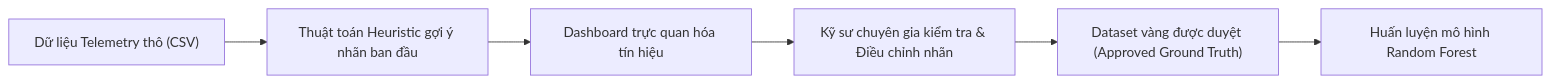
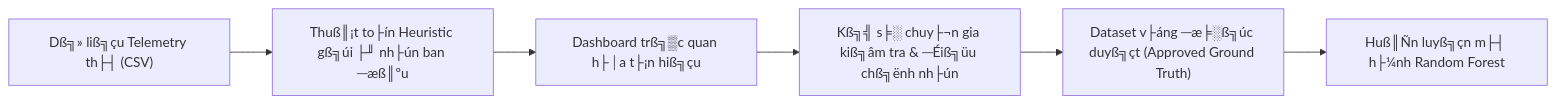
One commit to HOANGTHI2509/THUCTAP-VICOMSAT-D1 changed the second of 4 diagrams in README.md. Above: the diagram before and after it, drawn with Mermaid. The commit also changed other lines of this file, not shown here.

````diff
--- a/README.md
+++ b/README.md
@@ -241,8 +221,8 @@
 ```mermaid
 flowchart LR
-    A["Dữ liệu Telemetry thô (CSV)"] --> B["Thuật toán Heuristic gợi ý nhãn ban đầu"]
-    B --> C["Dashboard trực quan hóa tín hiệu"]
-    C --> D["Kỹ sư chuyên gia kiểm tra & Điều chỉnh nhãn"]
-    D --> E["Dataset vàng được duyệt (Approved Ground Truth)"]
-    E --> F["Huấn luyện mô hình Random Forest"]
+    A["Dß╗» liß╗çu Telemetry th├┤ (CSV)"] --> B["Thuß║¡t to├ín Heuristic gß╗úi ├╜ nh├ún ban ─æß║ºu"]
+    B --> C["Dashboard trß╗▒c quan h├│a t├¡n hiß╗çu"]
+    C --> D["Kß╗╣ s╞░ chuy├¬n gia kiß╗âm tra & ─Éiß╗üu chß╗ënh nh├ún"]
+    D --> E["Dataset v├áng ─æ╞░ß╗úc duyß╗çt (Approved Ground Truth)"]
+    E --> F["Huß║Ñn luyß╗çn m├┤ h├¼nh Random Forest"]
 ```
````
